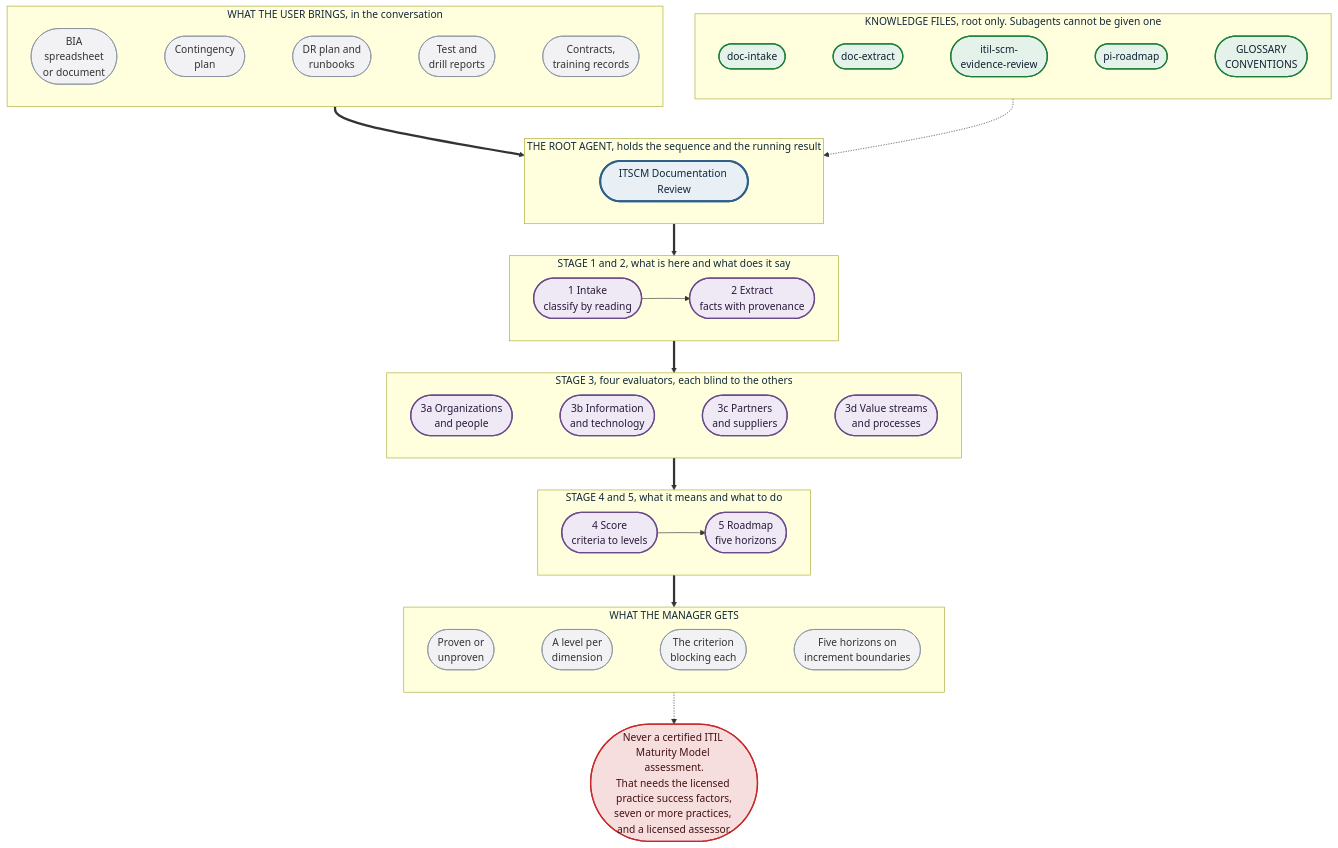
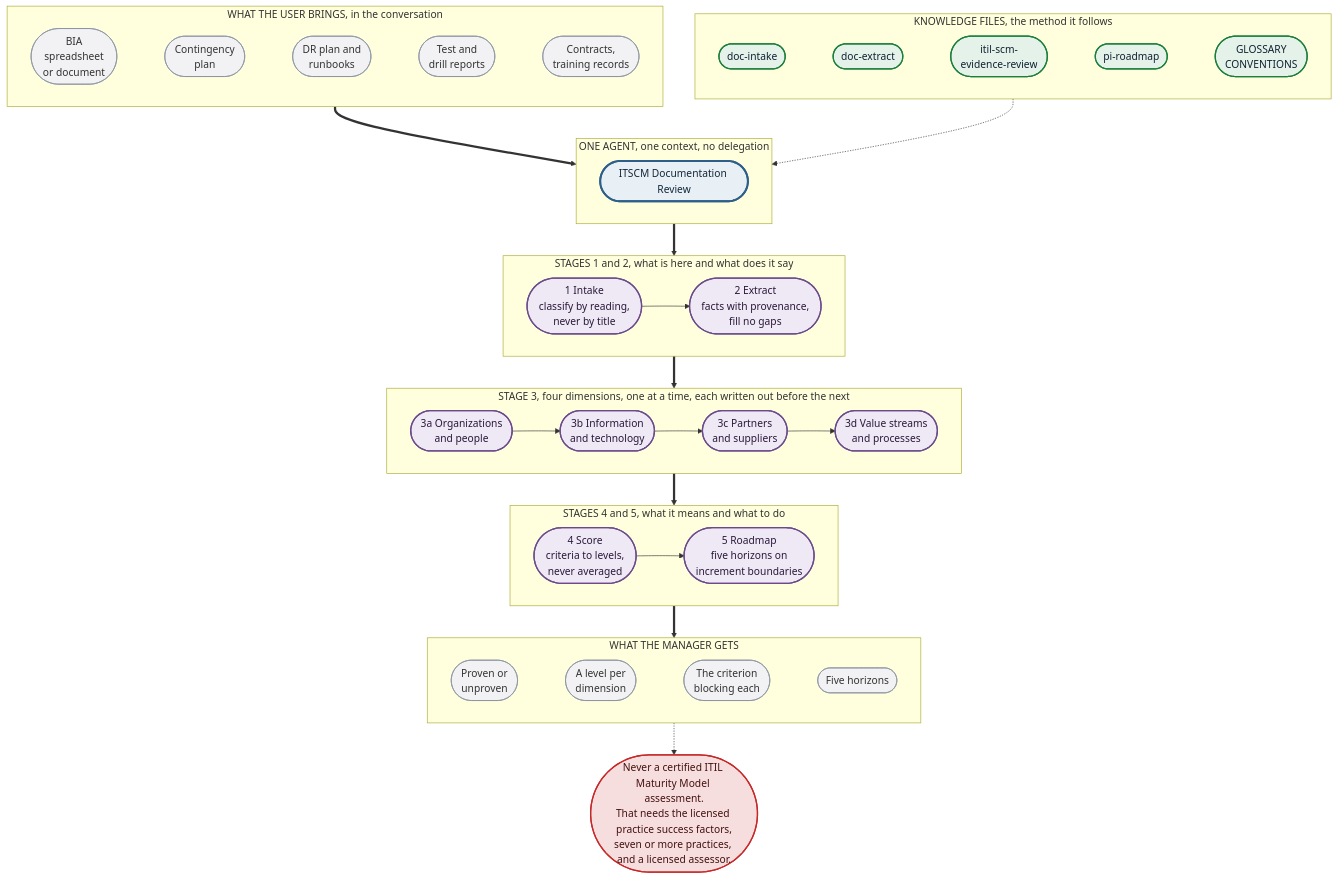
The first of 2 diagrams in vertexai/FLOWCHART.md (opscontinuum/itscm-skills), drawn with Mermaid before and after one commit. The commit also changed other lines of this file, not shown here.

First line of the commit message:
Redraw the flowchart for the recommended configuration

````diff
--- a/vertexai/FLOWCHART.md
+++ b/vertexai/FLOWCHART.md
@@ -15,56 +10,56 @@
 ```mermaid
 flowchart TD
-    classDef root fill:#e8eff5,stroke:#2d5f8a,stroke-width:3px,color:#12283a
-    classDef sub fill:#efe8f5,stroke:#6b4a8a,stroke-width:2px,color:#2a1a3a
+    classDef agent fill:#e8eff5,stroke:#2d5f8a,stroke-width:3px,color:#12283a
     classDef know fill:#e4f2e9,stroke:#1b7f3b,stroke-width:2px,color:#123
+    classDef stage fill:#efe8f5,stroke:#6b4a8a,stroke-width:2px,color:#2a1a3a
     classDef io fill:#f2f2f4,stroke:#8791a0,stroke-width:1px,color:#333
     classDef warn fill:#f7dede,stroke:#c62828,stroke-width:2px,color:#411
 
     subgraph IN["WHAT THE USER BRINGS, in the conversation"]
         direction LR
         D1(["BIA<br/>spreadsheet<br/>or document"]) ~~~ D2(["Contingency<br/>plan"]) ~~~ D3(["DR plan and<br/>runbooks"]) ~~~ D4(["Test and<br/>drill reports"]) ~~~ D5(["Contracts,<br/>training records"])
     end
 
-    subgraph RT["THE ROOT AGENT, holds the sequence and the running result"]
+    subgraph AG["ONE AGENT, one context, no delegation"]
         direction LR
-        R(["ITSCM Documentation Review"])
+        A(["ITSCM Documentation Review"])
     end
 
-    subgraph KN["KNOWLEDGE FILES, root only. Subagents cannot be given one"]
+    subgraph KN["KNOWLEDGE FILES, the method it follows"]
         direction LR
         K1(["doc-intake"]) ~~~ K2(["doc-extract"]) ~~~ K3(["itil-scm-<br/>evidence-review"]) ~~~ K4(["pi-roadmap"]) ~~~ K5(["GLOSSARY<br/>CONVENTIONS"])
     end
 
-    subgraph ST1["STAGE 1 and 2, what is here and what does it say"]
+    subgraph P1["STAGES 1 and 2, what is here and what does it say"]
         direction LR
-        S1(["1 Intake<br/>classify by reading"]) --> S2(["2 Extract<br/>facts with provenance"])
+        S1(["1 Intake<br/>classify by reading,<br/>never by title"]) --> S2(["2 Extract<br/>facts with provenance,<br/>fill no gaps"])
     end
 
-    subgraph ST3["STAGE 3, four evaluators, each blind to the others"]
+    subgraph P3["STAGE 3, four dimensions, one at a time, each written out before the next"]
         direction LR
-        E1(["3a Organizations<br/>and people"]) ~~~ E2(["3b Information<br/>and technology"]) ~~~ E3(["3c Partners<br/>and suppliers"]) ~~~ E4(["3d Value streams<br/>and processes"])
+        E1(["3a Organizations<br/>and people"]) --> E2(["3b Information<br/>and technology"]) --> E3(["3c Partners<br/>and suppliers"]) --> E4(["3d Value streams<br/>and processes"])
     end
 
-    subgraph ST4["STAGE 4 and 5, what it means and what to do"]
+    subgraph P4["STAGES 4 and 5, what it means and what to do"]
         direction LR
-        S4(["4 Score<br/>criteria to levels"]) --> S5(["5 Roadmap<br/>five horizons"])
+        S4(["4 Score<br/>criteria to levels,<br/>never averaged"]) --> S5(["5 Roadmap<br/>five horizons on<br/>increment boundaries"])
     end
 
     subgraph OUT["WHAT THE MANAGER GETS"]
         direction LR
-        O1(["Proven or<br/>unproven"]) ~~~ O2(["A level per<br/>dimension"]) ~~~ O3(["The criterion<br/>blocking each"]) ~~~ O4(["Five horizons on<br/>increment boundaries"])
+        O1(["Proven or<br/>unproven"]) ~~~ O2(["A level per<br/>dimension"]) ~~~ O3(["The criterion<br/>blocking each"]) ~~~ O4(["Five horizons"])
     end
 
     NOPE(["Never a certified ITIL Maturity Model assessment.<br/>That needs the licensed practice success factors,<br/>seven or more practices, and a licensed assessor."])
 
-    IN ==> RT
-    KN -.-> RT
-    RT ==> ST1 ==> ST3 ==> ST4 ==> OUT
+    IN ==> AG
+    KN -.-> AG
+    AG ==> P1 ==> P3 ==> P4 ==> OUT
     OUT -.-> NOPE
 
-    class R root
-    class S1,S2,E1,E2,E3,E4,S4,S5 sub
+    class A agent
     class K1,K2,K3,K4,K5 know
+    class S1,S2,E1,E2,E3,E4,S4,S5 stage
     class D1,D2,D3,D4,D5,O1,O2,O3,O4 io
     class NOPE warn
 ```
````
